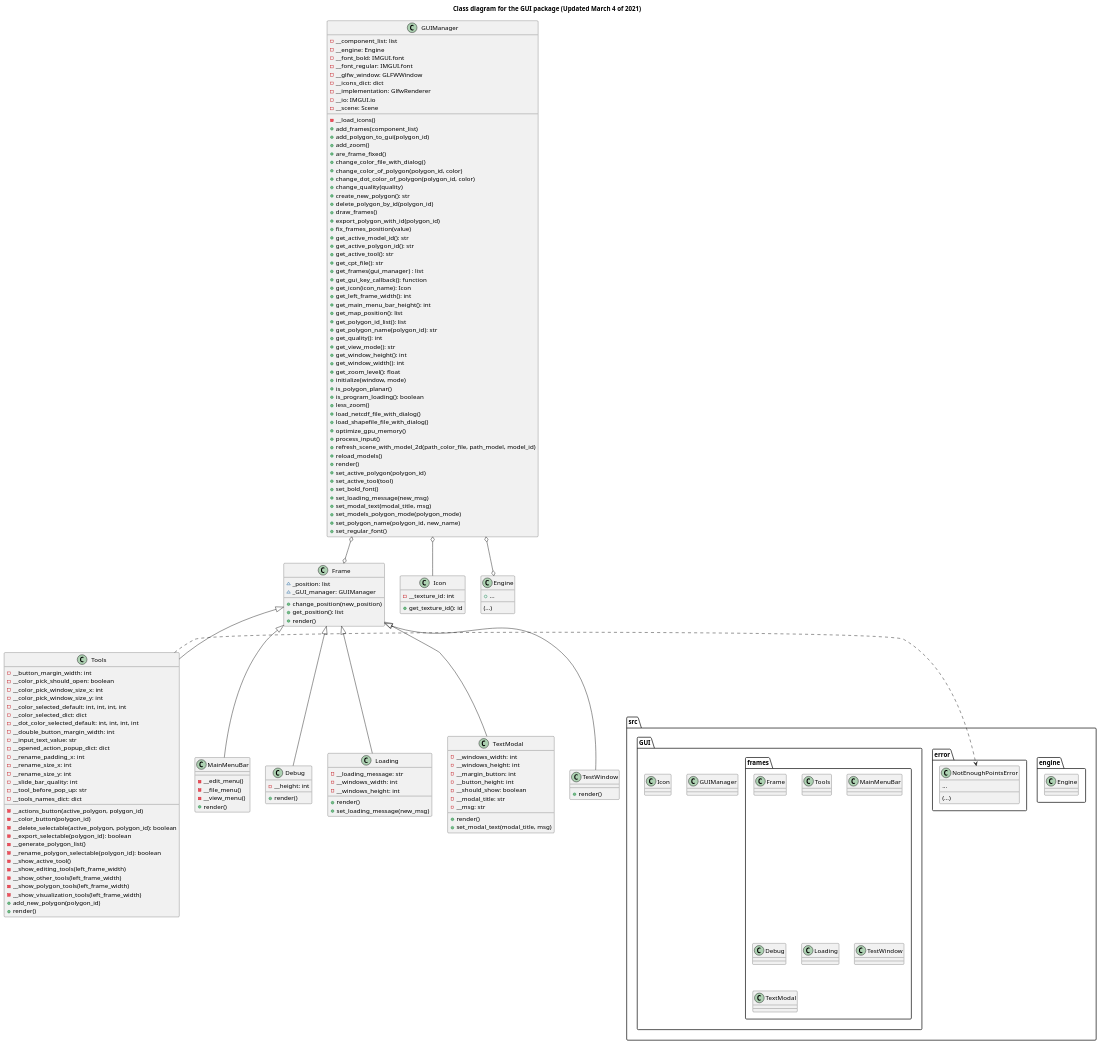
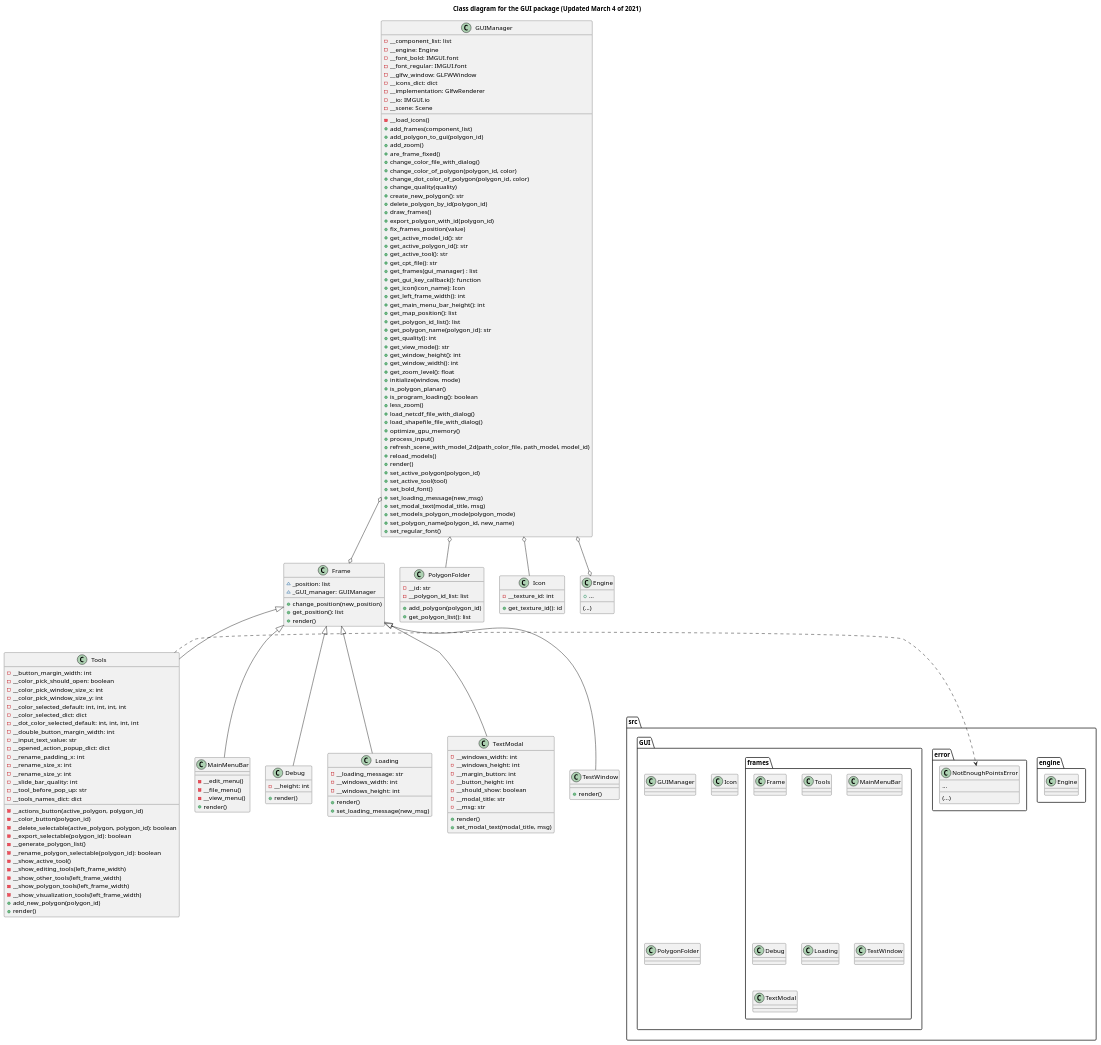
One commit to ferpoble2/Relief_Creator changed the diagram in docs/gui_package.puml. Above: the diagram before and after it, drawn with PlantUML. The commit also changed 2 other files, not shown here.

Commit message:
Added class polygon_folder.py to the program

```diff
--- a/docs/gui_package.puml
+++ b/docs/gui_package.puml
@@ -19,6 +19,7 @@
     package GUI{
         class GUIManager
         class Icon
+        class PolygonFolder
 
         package frames {
             class Frame
@@ -30,6 +31,14 @@
             class TextModal
         }
     }
+}
+
+class PolygonFolder {
+    - __id: str
+    - __polygon_id_list: list
+
+    + add_polygon(polygon_id)
+    + get_polygon_list(): list
 }
 
 class GUIManager{
@@ -195,6 +204,7 @@
 TextModal -u-|> Frame
 Tools -u-|> Frame
 
+GUIManager o-- PolygonFolder
 GUIManager o-- Icon
 GUIManager o--o Frame
 GUIManager o--o Engine
```
